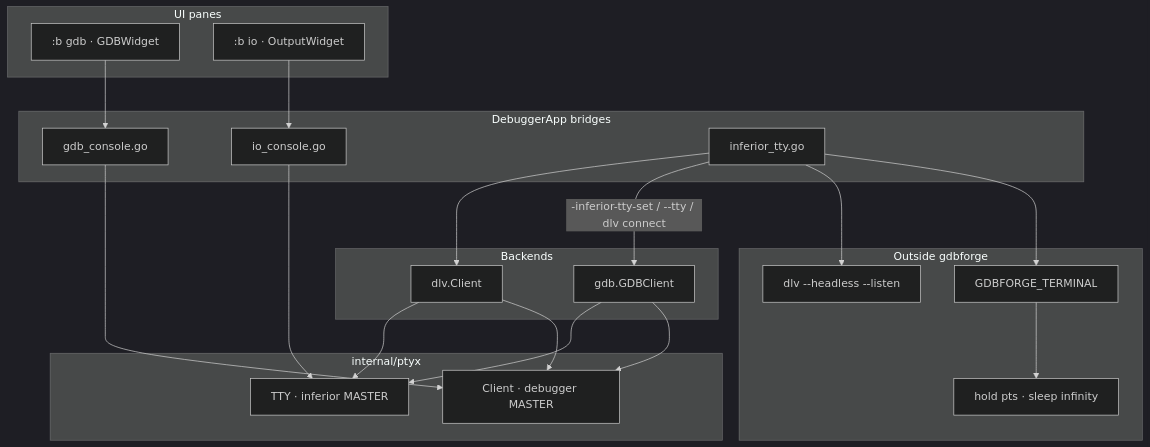
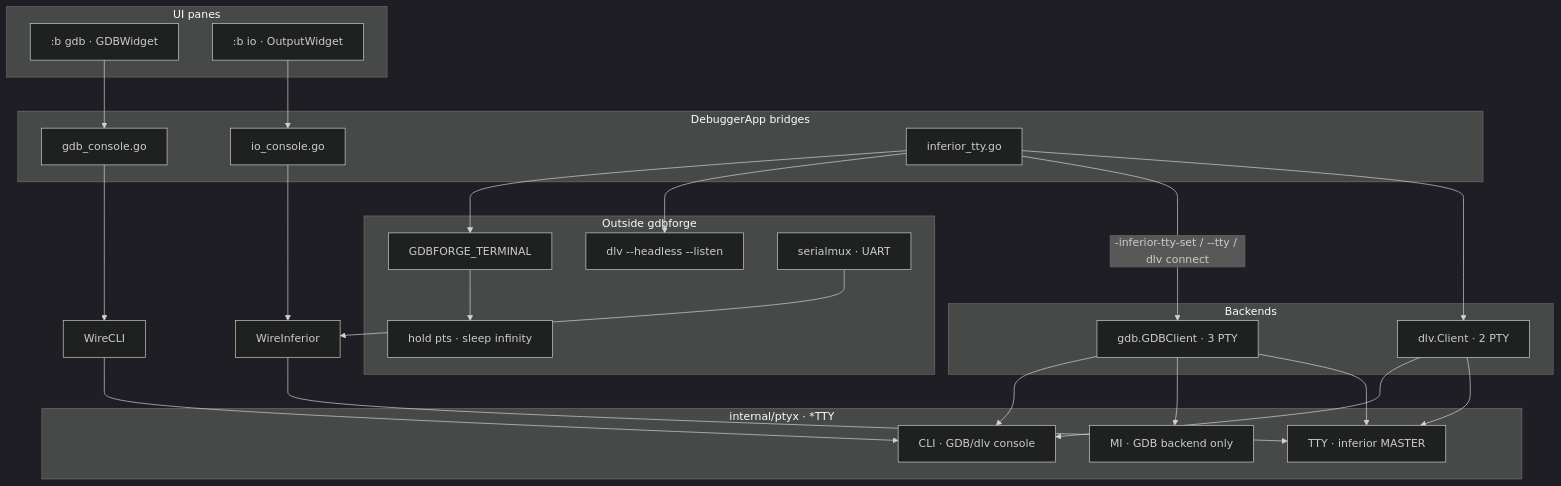
Before and after one commit to yairgd/gdbforge: the first of 5 diagrams in docs/PTY_ARCHITECTURE.md, drawn with Mermaid (dark theme). The commit also changed other lines of this file and 243 other files, not shown here.

````diff
--- a/docs/PTY_ARCHITECTURE.md
+++ b/docs/PTY_ARCHITECTURE.md
@@ -51,41 +51,49 @@
 ```mermaid
 flowchart TB
   subgraph UI["UI panes"]
     GDBW[":b gdb · GDBWidget"]
     IOW[":b io · OutputWidget"]
   end
 
   subgraph App["DebuggerApp bridges"]
     BridgeG["gdb_console.go"]
     BridgeI["io_console.go"]
     InfCtl["inferior_tty.go"]
   end
 
-  subgraph Ptyx["internal/ptyx"]
-    C["Client · debugger MASTER"]
+  subgraph Ptyx["internal/ptyx · *TTY"]
+    CLI["CLI · GDB/dlv console"]
+    MI["MI · GDB backend only"]
     T["TTY · inferior MASTER"]
   end
 
   subgraph Backends["Backends"]
-    GC["gdb.GDBClient"]
-    DC["dlv.Client"]
+    GC["gdb.GDBClient · 3 PTY"]
+    DC["dlv.Client · 2 PTY"]
   end
 
   subgraph Ext["Outside gdbforge"]
     Term["GDBFORGE_TERMINAL"]
     Hold["hold pts · sleep infinity"]
     Headless["dlv --headless --listen"]
+    Serial["serialmux · UART"]
   end
 
-  GDBW --> BridgeG --> C
-  IOW --> BridgeI --> T
-  GC --> C
+  GDBW --> BridgeG
+  BridgeG --> WireG["WireCLI"]
+  WireG --> CLI
+  IOW --> BridgeI
+  BridgeI --> WireI["WireInferior"]
+  WireI --> T
+  GC --> CLI
+  GC --> MI
   GC --> T
-  DC --> C
+  DC --> CLI
   DC --> T
+  Serial --> WireI
   InfCtl --> Term
   Term --> Hold
   InfCtl --> Headless
   InfCtl -->|"-inferior-tty-set / --tty / dlv connect"| GC
   InfCtl --> DC
 ```
````
